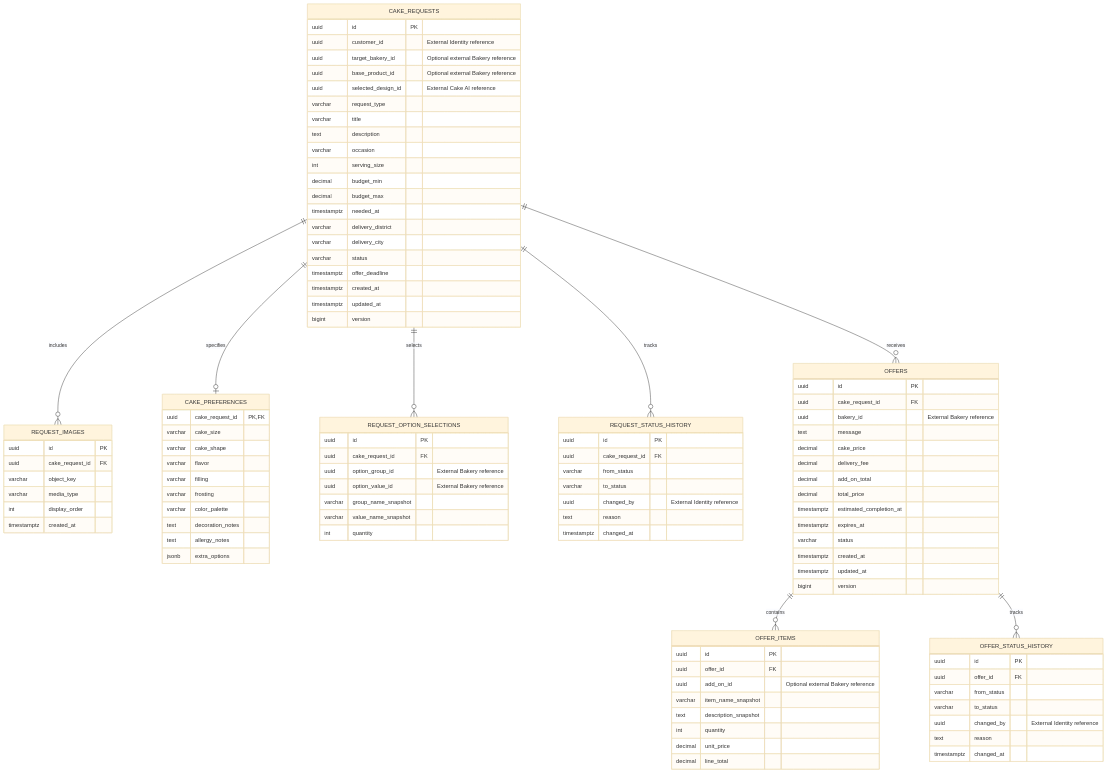
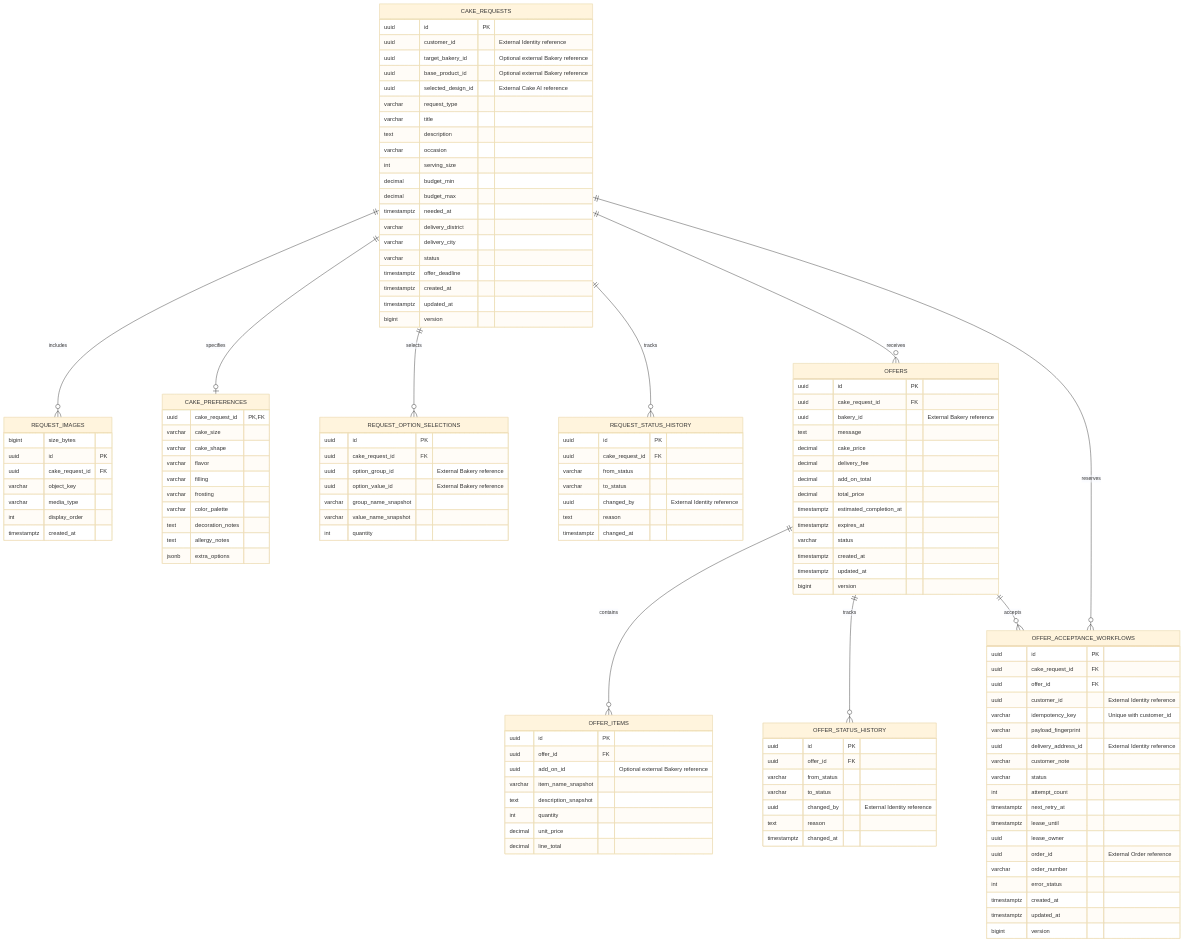
The diagram in docs/erd/03-marketplace-service-logical.mmd (leminhkhoi-james/Bakery-Platform), drawn with Mermaid (base theme) before and after one commit. The commit also changed 198 other files, not shown here.

Commit message:
Add offer acceptance workflow, API abstractions, and supporting test cases

```diff
--- a/docs/erd/03-marketplace-service-logical.mmd
+++ b/docs/erd/03-marketplace-service-logical.mmd
@@ -1,111 +1,136 @@
 erDiagram
     CAKE_REQUESTS {
         uuid id PK
         uuid customer_id "External Identity reference"
         uuid target_bakery_id "Optional external Bakery reference"
         uuid base_product_id "Optional external Bakery reference"
         uuid selected_design_id "External Cake AI reference"
         varchar request_type
         varchar title
         text description
         varchar occasion
         int serving_size
         decimal budget_min
         decimal budget_max
         timestamptz needed_at
         varchar delivery_district
         varchar delivery_city
         varchar status
         timestamptz offer_deadline
         timestamptz created_at
         timestamptz updated_at
         bigint version
     }
 
     REQUEST_IMAGES {
+        bigint size_bytes
         uuid id PK
         uuid cake_request_id FK
         varchar object_key
         varchar media_type
         int display_order
         timestamptz created_at
     }
 
     CAKE_PREFERENCES {
         uuid cake_request_id PK, FK
         varchar cake_size
         varchar cake_shape
         varchar flavor
         varchar filling
         varchar frosting
         varchar color_palette
         text decoration_notes
         text allergy_notes
         jsonb extra_options
     }
 
     REQUEST_OPTION_SELECTIONS {
         uuid id PK
         uuid cake_request_id FK
         uuid option_group_id "External Bakery reference"
         uuid option_value_id "External Bakery reference"
         varchar group_name_snapshot
         varchar value_name_snapshot
         int quantity
     }
 
     REQUEST_STATUS_HISTORY {
         uuid id PK
         uuid cake_request_id FK
         varchar from_status
         varchar to_status
         uuid changed_by "External Identity reference"
         text reason
         timestamptz changed_at
     }
 
     OFFERS {
         uuid id PK
         uuid cake_request_id FK
         uuid bakery_id "External Bakery reference"
         text message
         decimal cake_price
         decimal delivery_fee
         decimal add_on_total
         decimal total_price
         timestamptz estimated_completion_at
         timestamptz expires_at
         varchar status
         timestamptz created_at
         timestamptz updated_at
         bigint version
     }
 
     OFFER_ITEMS {
         uuid id PK
         uuid offer_id FK
         uuid add_on_id "Optional external Bakery reference"
         varchar item_name_snapshot
         text description_snapshot
         int quantity
         decimal unit_price
         decimal line_total
     }
 
     OFFER_STATUS_HISTORY {
         uuid id PK
         uuid offer_id FK
         varchar from_status
         varchar to_status
         uuid changed_by "External Identity reference"
         text reason
         timestamptz changed_at
     }
 
     CAKE_REQUESTS ||--o{ REQUEST_IMAGES : includes
     CAKE_REQUESTS ||--o| CAKE_PREFERENCES : specifies
     CAKE_REQUESTS ||--o{ REQUEST_OPTION_SELECTIONS : selects
     CAKE_REQUESTS ||--o{ REQUEST_STATUS_HISTORY : tracks
     CAKE_REQUESTS ||--o{ OFFERS : receives
     OFFERS ||--o{ OFFER_ITEMS : contains
     OFFERS ||--o{ OFFER_STATUS_HISTORY : tracks
+
+    OFFER_ACCEPTANCE_WORKFLOWS {
+        uuid id PK
+        uuid cake_request_id FK
+        uuid offer_id FK
+        uuid customer_id "External Identity reference"
+        varchar idempotency_key "Unique with customer_id"
+        varchar payload_fingerprint
+        uuid delivery_address_id "External Identity reference"
+        varchar customer_note
+        varchar status
+        int attempt_count
+        timestamptz next_retry_at
+        timestamptz lease_until
+        uuid lease_owner
+        uuid order_id "External Order reference"
+        varchar order_number
+        int error_status
+        timestamptz created_at
+        timestamptz updated_at
+        bigint version
+    }
+    CAKE_REQUESTS ||--o{ OFFER_ACCEPTANCE_WORKFLOWS : reserves
+    OFFERS ||--o{ OFFER_ACCEPTANCE_WORKFLOWS : accepts
```
